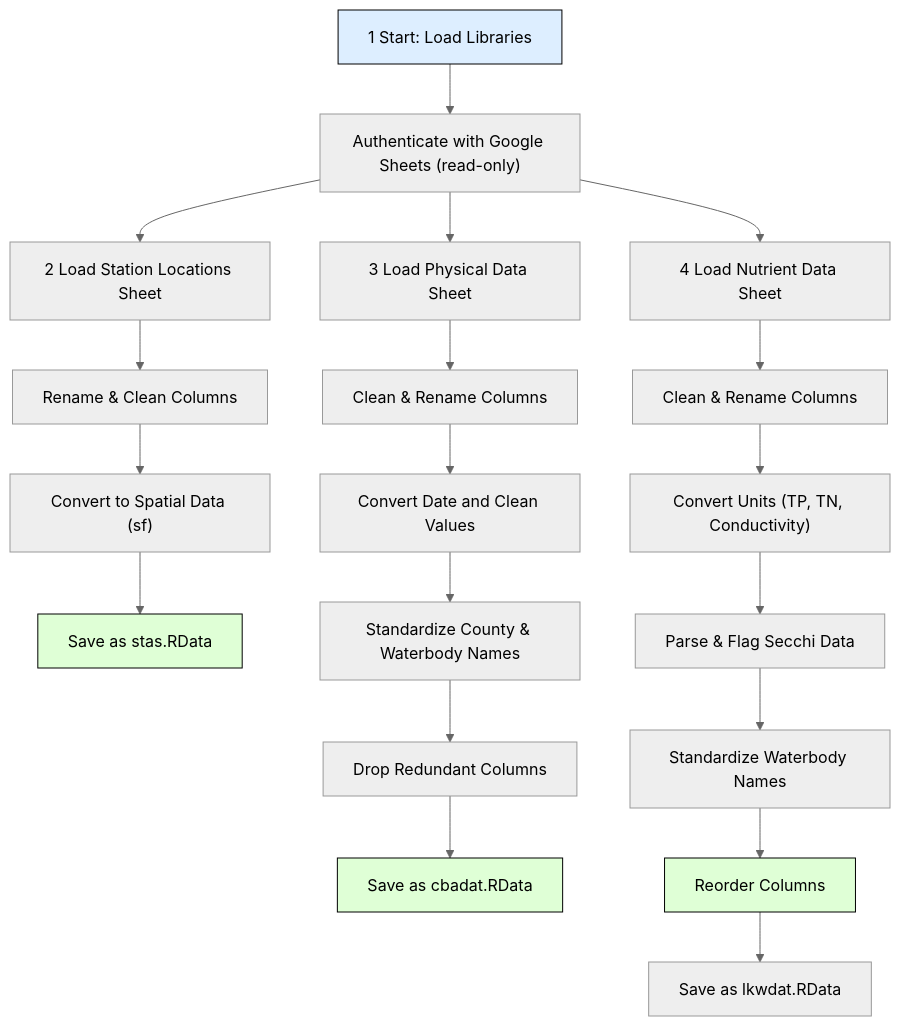
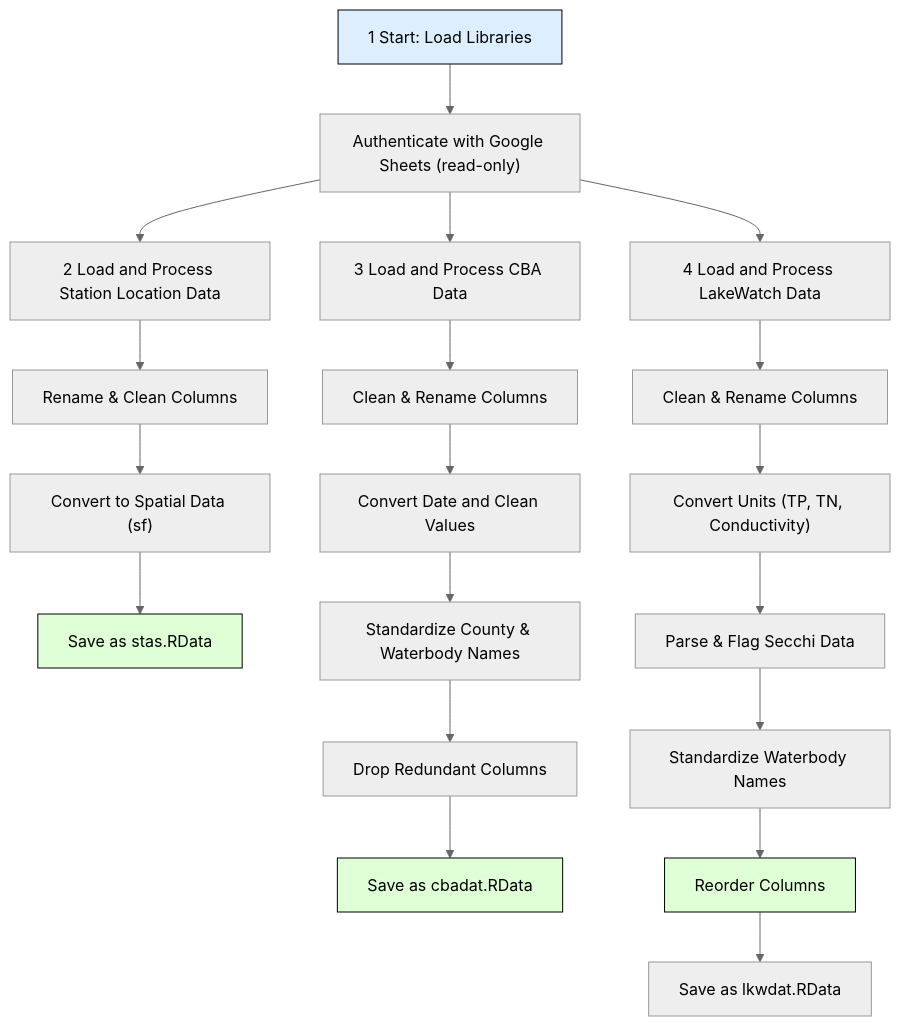
The diagram in doc/workflow.md (choctawhatchee-basin-alliance/wq-dashboard), drawn with Mermaid (neutral theme) before and after one commit. The commit also changed other lines of this file, not shown here.

Commit message:
minor edit to workflow md

````diff
--- a/doc/workflow.md
+++ b/doc/workflow.md
@@ -6,28 +6,28 @@
 ```mermaid
 flowchart TD
   A["1 Start: Load Libraries"] --> B["Authenticate with Google Sheets (read-only)"]
-  B --> C["2 Load Station Locations Sheet"]
+  B --> C["2 Load and Process Station Location Data"]
   C --> D[Rename & Clean Columns]
   D --> E["Convert to Spatial Data (sf)"]
   E --> F[Save as stas.RData]
 
-  B --> G["3 Load Physical Data Sheet"]
+  B --> G["3 Load and Process CBA Data"]
   G --> H[Clean & Rename Columns]
   H --> I[Convert Date and Clean Values]
   I --> J[Standardize County & Waterbody Names]
   J --> K[Drop Redundant Columns]
   K --> L[Save as cbadat.RData]
 
-  B --> M["4 Load Nutrient Data Sheet"]
+  B --> M["4 Load and Process LakeWatch Data"]
   M --> N[Clean & Rename Columns]
   N --> O["Convert Units (TP, TN, Conductivity)"]
   O --> P[Parse & Flag Secchi Data]
   P --> Q[Standardize Waterbody Names]
   Q --> R[Reorder Columns]
   R --> S[Save as lkwdat.RData]
 
   style A fill:#DDEEFF,stroke:#000,stroke-width:1px
   style F fill:#DFFFD6,stroke:#000,stroke-width:1px
   style L fill:#DFFFD6,stroke:#000,stroke-width:1px
   style R fill:#DFFFD6,stroke:#000,stroke-width:1px
 ```
````
